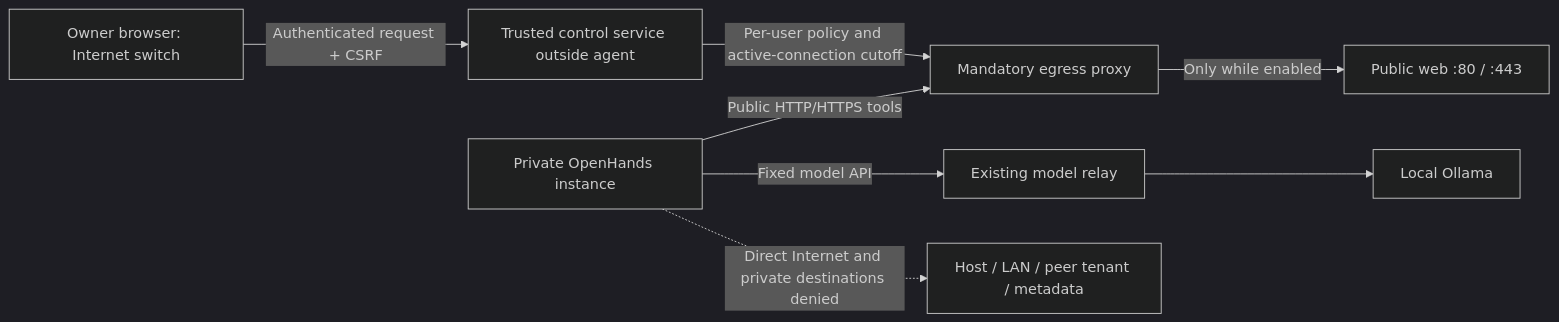
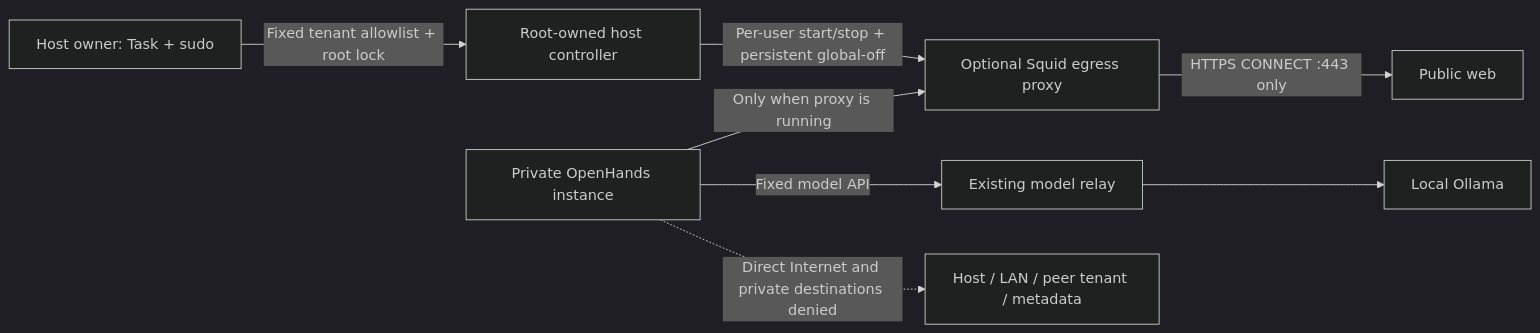
One commit to alejandro-onatra/local-agent-platform changed the diagram in docs/internet_access.md. Above: the diagram before and after it, drawn with Mermaid (dark theme). The commit also changed other lines of this file and 13 other files, not shown here.

First line of the commit message:
feat(contexto): add owner-controlled HTTPS egress for household agents

````diff
--- a/docs/internet_access.md
+++ b/docs/internet_access.md
@@ -27,10 +26,10 @@
 ```mermaid
 flowchart LR
-    Owner["Owner browser: Internet switch"] -->|"Authenticated request + CSRF"| Control["Trusted control service outside agent"]
-    Control -->|"Per-user policy and active-connection cutoff"| Proxy["Mandatory egress proxy"]
-    Agent["Private OpenHands instance"] -->|"Public HTTP/HTTPS tools"| Proxy
-    Proxy -->|"Only while enabled"| Web["Public web :80 / :443"]
+    Owner["Host owner: Task + sudo"] -->|"Fixed tenant allowlist + root lock"| Control["Root-owned host controller"]
+    Control -->|"Per-user start/stop + persistent global-off"| Proxy["Optional Squid egress proxy"]
+    Agent["Private OpenHands instance"] -->|"Only when proxy is running"| Proxy
+    Proxy -->|"HTTPS CONNECT :443 only"| Web["Public web"]
     Agent -->|"Fixed model API"| Relay["Existing model relay"]
     Relay --> Ollama["Local Ollama"]
     Agent -.->|"Direct Internet and private destinations denied"| Denied["Host / LAN / peer tenant / metadata"]
 ```
````
